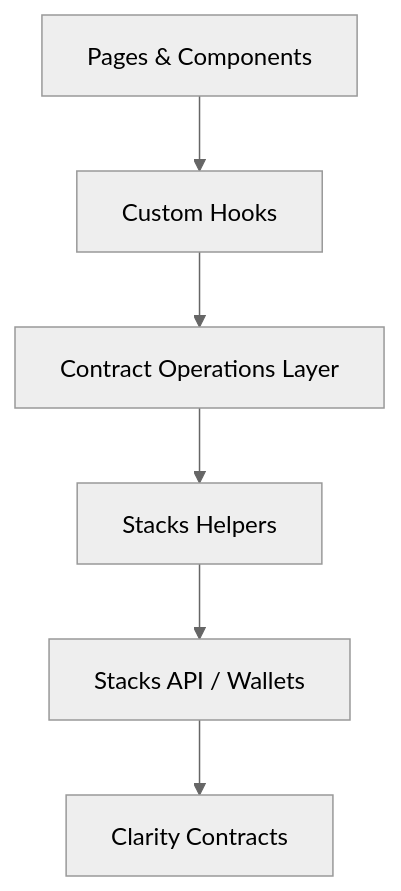
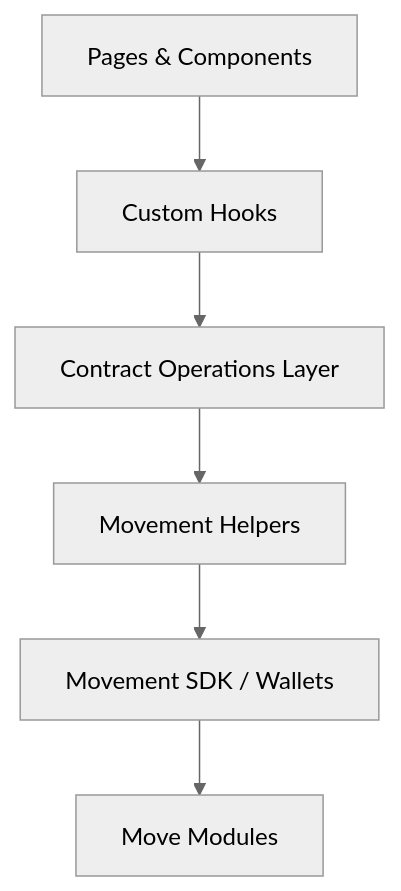
One commit to rather-labs/movement-nftstrategy changed the diagram in frontend/README.md. Above: the diagram before and after it, drawn with Mermaid (neutral theme). The commit also changed other lines of this file and 2 other files, not shown here.

````diff
--- a/frontend/README.md
+++ b/frontend/README.md
@@ -15,15 +15,15 @@
 ```mermaid
 graph TD
   UI[Pages & Components]
   Hooks[Custom Hooks]
   Ops[Contract Operations Layer]
-  Utils[Stacks Helpers]
-  API[Stacks API / Wallets]
-  Contracts[Clarity Contracts]
+  Utils[Movement Helpers]
+  API[Movement SDK / Wallets]
+  Contracts[Move Modules]
 
   UI --> Hooks
   Hooks --> Ops
   Ops --> Utils
   Utils --> API
   API --> Contracts
 ```
````
